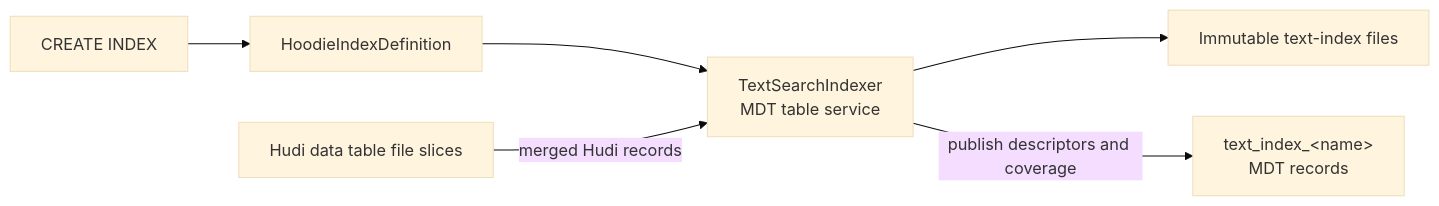
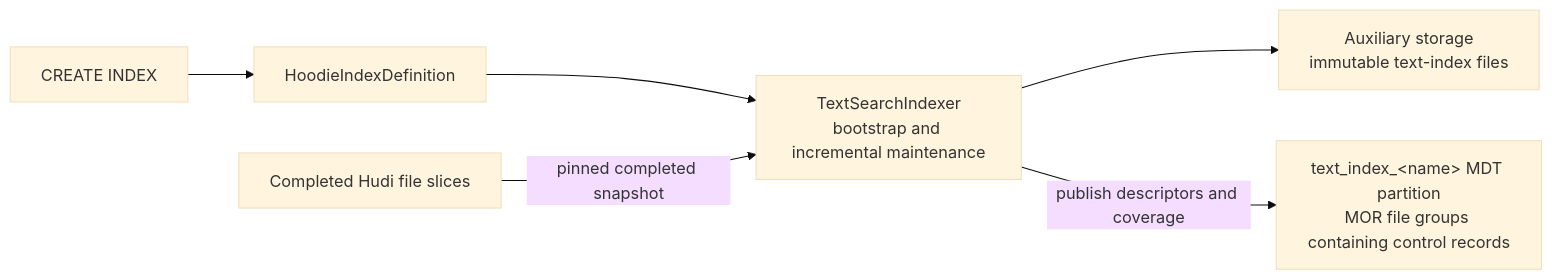
The first of 4 diagrams in rfc/rfc-110/rfc-110.md (apache/hudi), drawn with Mermaid (base theme) before and after one commit. The commit also changed other lines of this file, not shown here.

Commit message:
docs: polish RFC-110 text index design

````diff
--- a/rfc/rfc-110/rfc-110.md
+++ b/rfc/rfc-110/rfc-110.md
@@ -334,15 +368,15 @@
 ```mermaid
 flowchart LR
     CREATE["CREATE INDEX"]
     DEFINITION["HoodieIndexDefinition"]
-    DATA["Hudi data table file slices"]
-    INDEXER["TextSearchIndexer<br/>MDT table service"]
-    FILES["Immutable text-index files"]
-    MDT["text_index_&lt;name&gt;<br/>MDT records"]
+    DATA["Completed Hudi file slices"]
+    INDEXER["TextSearchIndexer<br/>bootstrap and incremental maintenance"]
+    FILES["Auxiliary storage<br/>immutable text-index files"]
+    MDT["text_index_&lt;name&gt; MDT partition<br/>MOR file groups containing control records"]
 
     CREATE --> DEFINITION
     DEFINITION --> INDEXER
-    DATA -->|"merged Hudi records"| INDEXER
+    DATA -->|"pinned completed snapshot"| INDEXER
     INDEXER --> FILES
     INDEXER -->|"publish descriptors and coverage"| MDT
 ```
````
